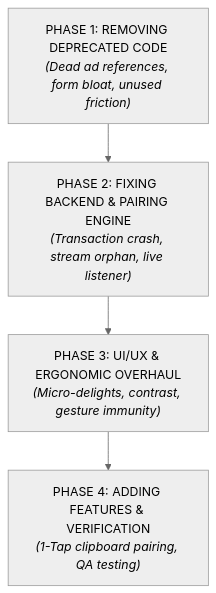
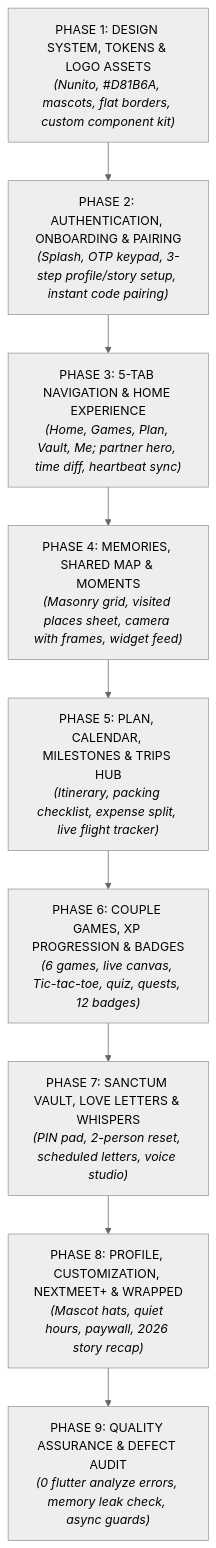
One commit to aditya21030/NextMeet changed the diagram in plan.md. Above: the diagram before and after it, drawn with Mermaid (neutral theme). The commit also changed other lines of this file and 270 other files, not shown here.

Commit message:
feat: implement 14 couple widgets suite, interactive showcase, and data sync

````diff
--- a/plan.md
+++ b/plan.md
@@ -10,11 +12,21 @@
 ```mermaid
 flowchart TD
-    P1["PHASE 1: REMOVING DEPRECATED CODE<br><i>(Dead ad references, form bloat, unused friction)</i>"]
-    P2["PHASE 2: FIXING BACKEND & PAIRING ENGINE<br><i>(Transaction crash, stream orphan, live listener)</i>"]
-    P3["PHASE 3: UI/UX & ERGONOMIC OVERHAUL<br><i>(Micro-delights, contrast, gesture immunity)</i>"]
-    P4["PHASE 4: ADDING FEATURES & VERIFICATION<br><i>(1-Tap clipboard pairing, QA testing)</i>"]
+    P1["PHASE 1: DESIGN SYSTEM, TOKENS & LOGO ASSETS<br><i>(Nunito, #D81B6A, mascots, flat borders, custom component kit)</i>"]
+    P2["PHASE 2: AUTHENTICATION, ONBOARDING & PAIRING<br><i>(Splash, OTP keypad, 3-step profile/story setup, instant code pairing)</i>"]
+    P3["PHASE 3: 5-TAB NAVIGATION & HOME EXPERIENCE<br><i>(Home, Games, Plan, Vault, Me; partner hero, time diff, heartbeat sync)</i>"]
+    P4["PHASE 4: MEMORIES, SHARED MAP & MOMENTS<br><i>(Masonry grid, visited places sheet, camera with frames, widget feed)</i>"]
+    P5["PHASE 5: PLAN, CALENDAR, MILESTONES & TRIPS HUB<br><i>(Itinerary, packing checklist, expense split, live flight tracker)</i>"]
+    P6["PHASE 6: COUPLE GAMES, XP PROGRESSION & BADGES<br><i>(6 games, live canvas, Tic-tac-toe, quiz, quests, 12 badges)</i>"]
+    P7["PHASE 7: SANCTUM VAULT, LOVE LETTERS & WHISPERS<br><i>(PIN pad, 2-person reset, scheduled letters, voice studio)</i>"]
+    P8["PHASE 8: PROFILE, CUSTOMIZATION, NEXTMEET+ & WRAPPED<br><i>(Mascot hats, quiet hours, paywall, 2026 story recap)</i>"]
+    P9["PHASE 9: QUALITY ASSURANCE & DEFECT AUDIT<br><i>(0 flutter analyze errors, memory leak check, async guards)</i>"]
 
     P1 --> P2
     P2 --> P3
     P3 --> P4
+    P4 --> P5
+    P5 --> P6
+    P6 --> P7
+    P7 --> P8
+    P8 --> P9
 ```
````
